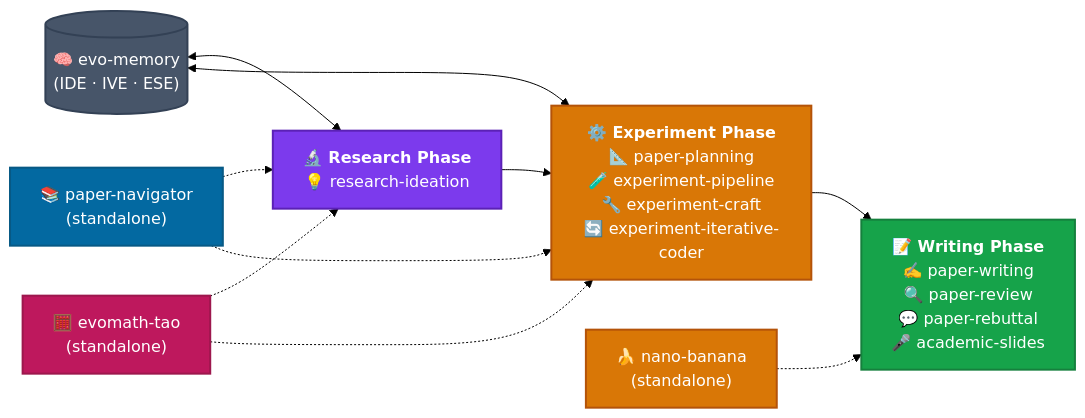
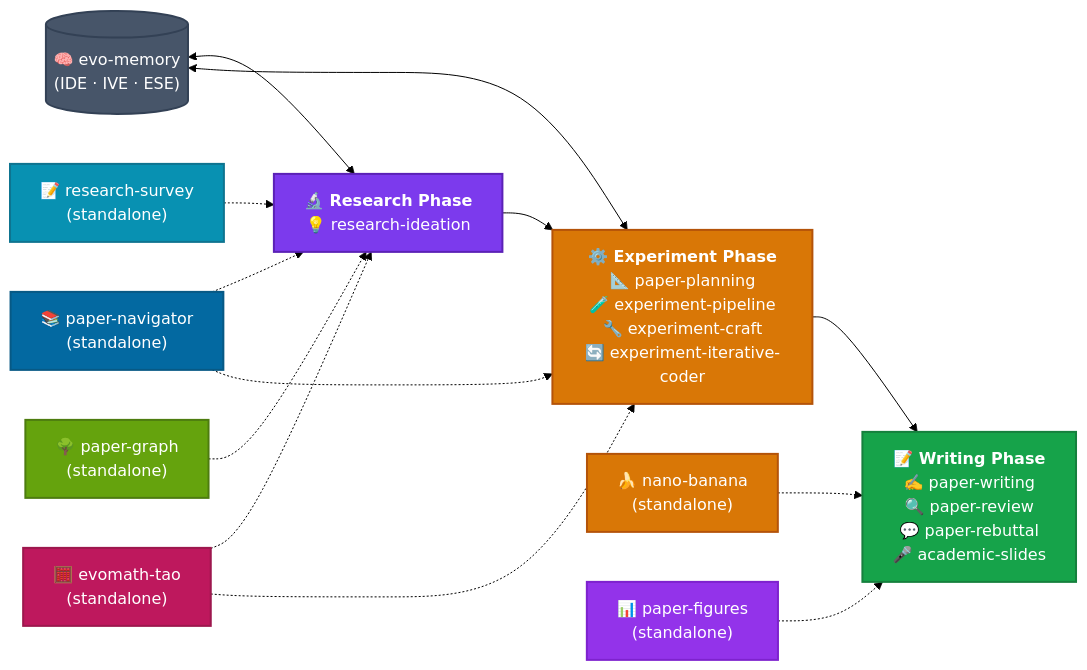
One commit to EvoScientist/EvoSkills changed the diagram in README.md. Above: the diagram before and after it, drawn with Mermaid (forest theme). The commit also changed 1 other file, not shown here.

Commit message:
fix(README): add missing skills to pipeline diagram
The mermaid skill-pipeline diagram in both READMEs listed only 13 of
the 16 skills. Add the three missing standalone skills with the same
dotted-arrow convention as the other standalone entries:

- research-survey (feeds Research phase)
- paper-graph (feeds Research phase)
- paper-figures (feeds Writing phase)

Reported in #32.

````diff
--- a/README.md
+++ b/README.md
@@ -88,22 +88,28 @@
 ```mermaid
 flowchart LR
     A["<b>🔬 Research Phase</b><br/>💡 research-ideation"]
     --> B["<b>⚙️ Experiment Phase</b><br/>📐 paper-planning<br/>🧪 experiment-pipeline<br/>🔧 experiment-craft<br/>🔄 experiment-iterative-coder"]
     --> C["<b>📝 Writing Phase</b><br/>✍️ paper-writing<br/>🔍 paper-review<br/>💬 paper-rebuttal<br/>🎤 academic-slides"]
 
     D[("🧠 evo-memory<br/>(IDE · IVE · ESE)")] <--> A
     D <--> B
     E["📚 paper-navigator<br/>(standalone)"] -.-> A
     E -.-> B
     F["🍌 nano-banana<br/>(standalone)"] -.-> C
     G["🧮 evomath-tao<br/>(standalone)"] -.-> A
     G -.-> B
+    H["📝 research-survey<br/>(standalone)"] -.-> A
+    I["🌳 paper-graph<br/>(standalone)"] -.-> A
+    J["📊 paper-figures<br/>(standalone)"] -.-> C
 
     style A fill:#7C3AED,stroke:#5B21B6,stroke-width:2px,color:#fff
     style B fill:#D97706,stroke:#B45309,stroke-width:2px,color:#fff
     style C fill:#16A34A,stroke:#15803D,stroke-width:2px,color:#fff
     style D fill:#475569,stroke:#334155,stroke-width:2px,color:#fff
     style E fill:#0369A1,stroke:#075985,stroke-width:2px,color:#fff
     style F fill:#D97706,stroke:#B45309,stroke-width:2px,color:#fff
     style G fill:#BE185D,stroke:#9D174D,stroke-width:2px,color:#fff
+    style H fill:#0891B2,stroke:#0E7490,stroke-width:2px,color:#fff
+    style I fill:#65A30D,stroke:#4D7C0F,stroke-width:2px,color:#fff
+    style J fill:#9333EA,stroke:#7E22CE,stroke-width:2px,color:#fff
 ```
````
